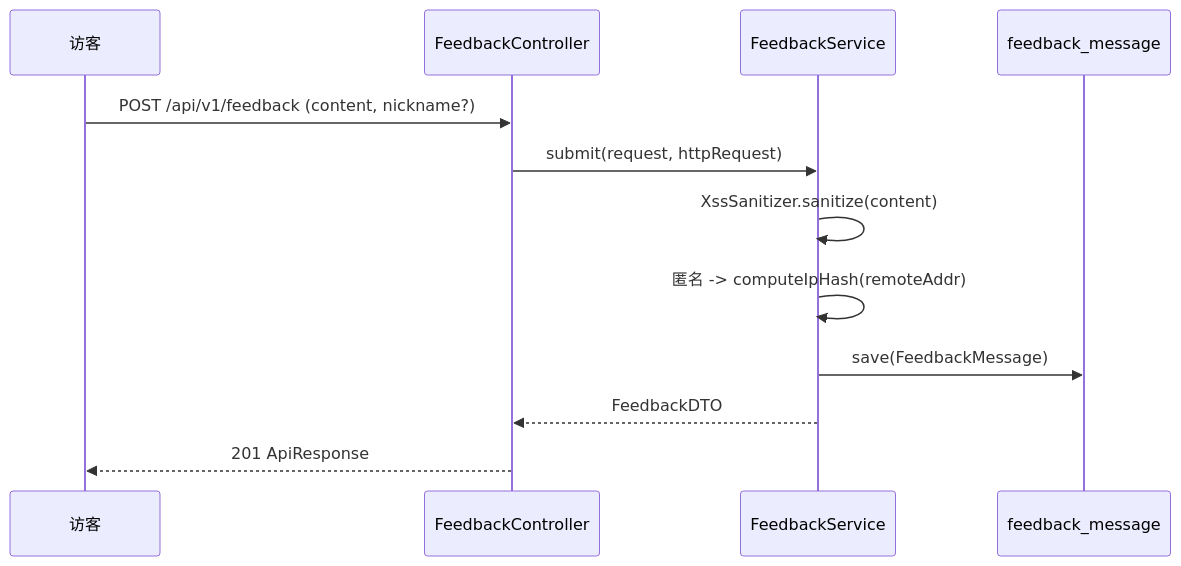
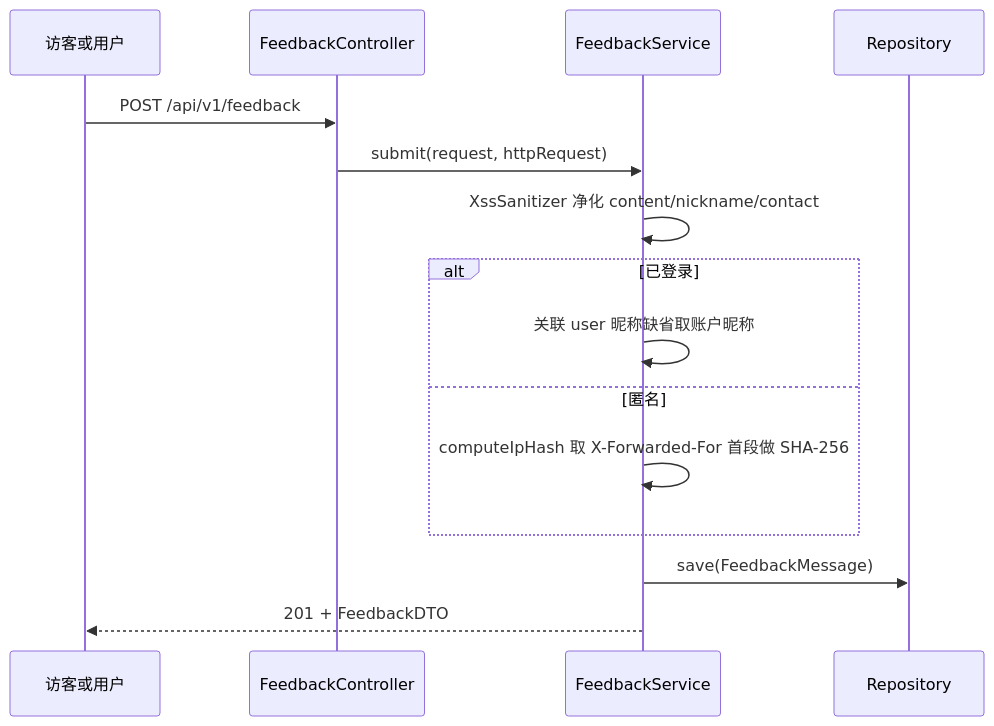
One commit to mambo-wang/CodingHub changed the second of 2 diagrams in repowiki/wiki/modules/留言反馈.md. Above: the diagram before and after it, drawn with Mermaid. The commit also changed other lines of this file and 59 other files, not shown here.

````diff
--- a/repowiki/wiki/modules/留言反馈.md
+++ b/repowiki/wiki/modules/留言反馈.md
@@ -97,14 +72,17 @@
 ```mermaid
 sequenceDiagram
-    participant U as 访客
-    participant FC as FeedbackController
-    participant FS as FeedbackService
-    participant DB as feedback_message
-    U->>FC: POST /api/v1/feedback (content, nickname?)
-    FC->>FS: submit(request, httpRequest)
-    FS->>FS: XssSanitizer.sanitize(content)
-    FS->>FS: 匿名 -> computeIpHash(remoteAddr)
-    FS->>DB: save(FeedbackMessage)
-    FS-->>FC: FeedbackDTO
-    FC-->>U: 201 ApiResponse
+    participant V as 访客或用户
+    participant C as FeedbackController
+    participant S as FeedbackService
+    participant R as Repository
+    V->>C: POST /api/v1/feedback
+    C->>S: submit(request, httpRequest)
+    S->>S: XssSanitizer 净化 content/nickname/contact
+    alt 已登录
+        S->>S: 关联 user 昵称缺省取账户昵称
+    else 匿名
+        S->>S: computeIpHash 取 X-Forwarded-For 首段做 SHA-256
+    end
+    S->>R: save(FeedbackMessage)
+    S-->>V: 201 + FeedbackDTO
 ```
````
